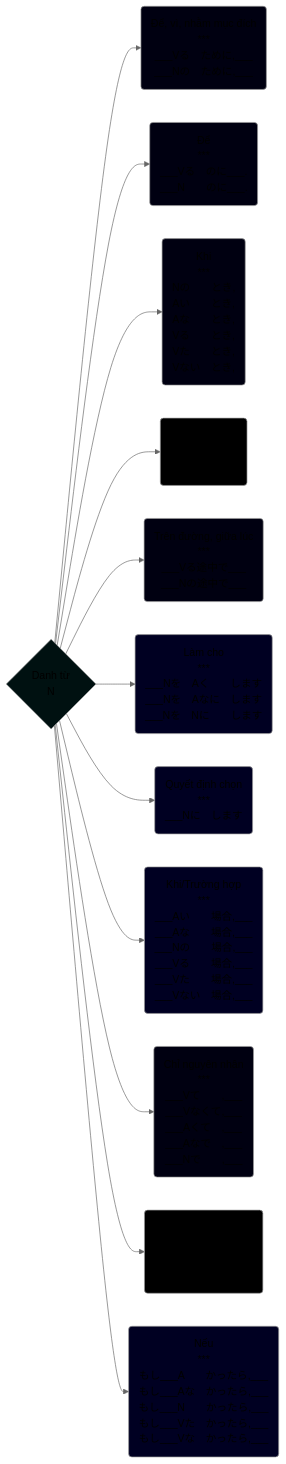
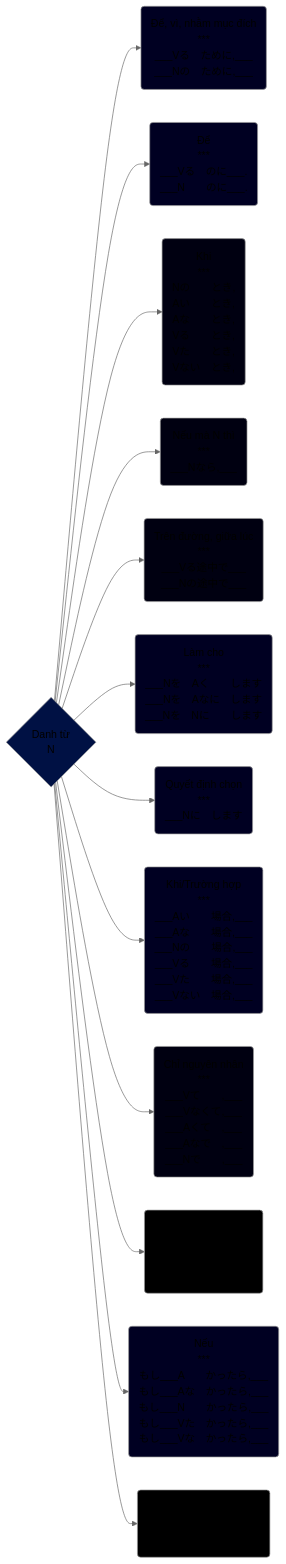
One commit to tea1504/learn changed the diagram in Danh_Tu.md. Above: the diagram before and after it, drawn with Mermaid (neutral theme). The commit also changed 14 other files, not shown here.

````diff
--- a/Danh_Tu.md
+++ b/Danh_Tu.md
@@ -1,29 +1,31 @@
 ```mermaid
 graph LR;
     N{Danh từ\nN}
 
     N-->nhamMucDich(Để, vì, nhằm mục đích\n***\n___Vる　ために,___\n___Nの　ために,___)
     N-->de(Để\n***\n___Vる　のに___.\n___N　　のに___.)
     N-->khi(Khi\n***\nNの　　とき,\nAい　　とき,\nAな　　とき,\nVる　　とき,\nVた　　とき,\nVない　とき,)
     N-->neuMaNThi(Nếu mà N thì\n***\n___Nなら,___)
     N-->trenDuongGiuaLuc(Trên đường, giữa lúc\n***\n___Vる途中で___\n___Nの途中で___)
     N-->lamCho(Làm cho\n***\n___Nを　Aく　　します\n___Nを　Aなに　します\n___Nを　Nに　　します)
     N-->quyetDinhChon(Quyết định chọn\n***\n___Nに　します)
     N-->truongHop(Khi/Trường hợp\n***\n___Aい　　場合,___\n___Aな　　場合,___\n___Nの　　場合,___\n___Vる　　場合,___\n___Vた　　場合,___\n___Vない　場合,___)
     N-->chiNguyenNhan(Chỉ nguyên nhân\n***\n___Vて　　,___\n___Vなくて,___\n___Aくて　,___\n___Aなで　,___\n___Nで　　,___)
     N-->lamTheoNhu(Làm theo như\n***\n___Vたとおりに,___\n___Nのとおりに,___)
     N-->neu(Nếu\n***\nもし___A　　かったら,___\nもし___Aな　かったら,___\nもし___N　　かったら,___\nもし___Vた　かったら,___\nもし___Vな　かったら,___)
+    N-->troNen(Trở nên\n***\n___は　ｎに　なります)
 
-    style N fill:#011
+    style N fill:#014
     style chiNguyenNhan fill:#001
-    style de fill:#001
+    style de fill:#002
     style khi fill:#001
     style lamCho fill:#002
     style lamTheoNhu fill:#000
     style neu fill:#002
-    style neuMaNThi fill:#000
-    style nhamMucDich fill:#001
+    style neuMaNThi fill:#001
+    style nhamMucDich fill:#002
     style quyetDinhChon fill:#002
     style trenDuongGiuaLuc fill:#001
+    style troNen fill:#000
     style truongHop fill:#002
 ```
````
